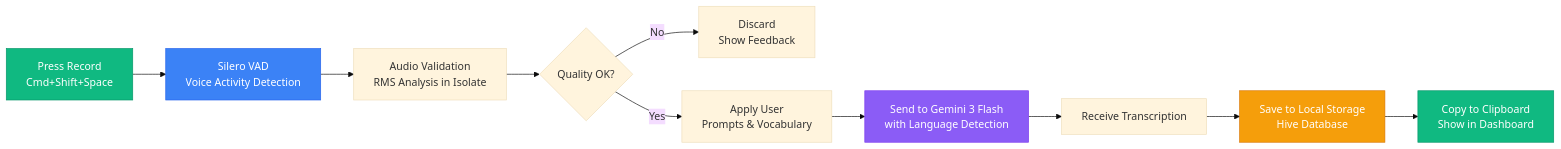
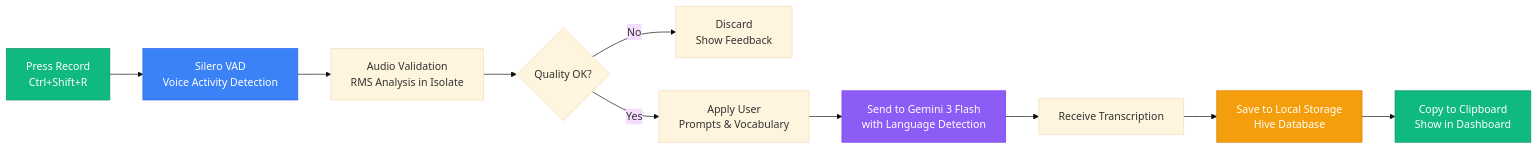
The first of 3 diagrams in README.md (xicv/recogniz.ing), drawn with Mermaid (base theme) before and after one commit. The commit also changed other lines of this file and 8 other files, not shown here.

````diff
--- a/README.md
+++ b/README.md
@@ -162,18 +163,18 @@
 ```mermaid
 flowchart LR
-    A[Press Record<br/>Cmd+Shift+Space] --> B[Silero VAD<br/>Voice Activity Detection]
+    A[Press Record<br/>Ctrl+Shift+R] --> B[Silero VAD<br/>Voice Activity Detection]
     B --> C[Audio Validation<br/>RMS Analysis in Isolate]
     C --> D{Quality OK?}
     D -->|No| E[Discard<br/>Show Feedback]
     D -->|Yes| F[Apply User<br/>Prompts & Vocabulary]
     F --> G[Send to Gemini 3 Flash<br/>with Language Detection]
     G --> H[Receive Transcription]
     H --> I[Save to Local Storage<br/>Hive Database]
     I --> J[Copy to Clipboard<br/>Show in Dashboard]
 
     style A fill:#10B981,stroke:#059669,color:#fff
     style B fill:#3B82F6,stroke:#2563EB,color:#fff
     style G fill:#8B5CF6,stroke:#7C3AED,color:#fff
     style I fill:#F59E0B,stroke:#D97706,color:#fff
     style J fill:#10B981,stroke:#059669,color:#fff
 ```
````
